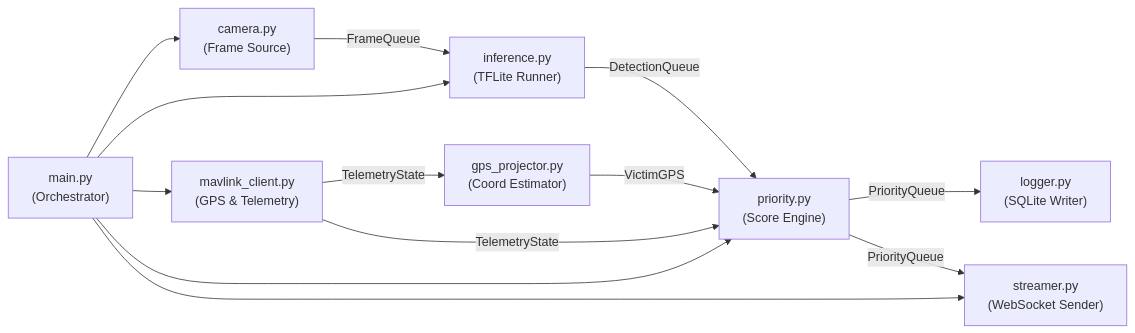
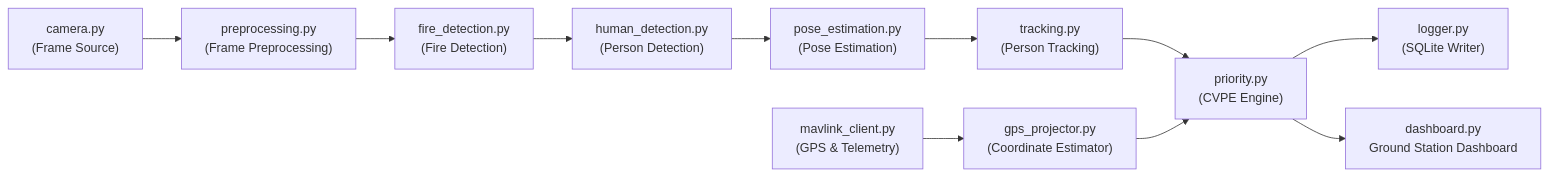
One commit to basiljosephdev/Edge-AI-Based-UAV-for-Intelligent-Fire-Detection-Victim-Prioritization changed the third of 7 diagrams in Architecture.md. Above: the diagram before and after it, drawn with Mermaid. The commit also changed other lines of this file, not shown here.

````diff
--- a/Architecture.md
+++ b/Architecture.md
@@ -168,25 +205,45 @@
 ```mermaid
 graph LR
-    main["main.py\n(Orchestrator)"]
+
     cam["camera.py\n(Frame Source)"]
-    infer["inference.py\n(TFLite Runner)"]
+
+    preprocess["preprocessing.py\n(Frame Preprocessing)"]
+
+    fire["fire_detection.py\n(Fire Detection)"]
+
+    human["human_detection.py\n(Person Detection)"]
+
+    pose["pose_estimation.py\n(Pose Estimation)"]
+
+    track["tracking.py\n(Person Tracking)"]
+
     mav["mavlink_client.py\n(GPS & Telemetry)"]
-    gps_proj["gps_projector.py\n(Coord Estimator)"]
-    prio["priority.py\n(Score Engine)"]
+
+    gps_proj["gps_projector.py\n(Coordinate Estimator)"]
+
+    cvpe["priority.py\n(CVPE Engine)"]
+
     log["logger.py\n(SQLite Writer)"]
-    stream["streamer.py\n(WebSocket Sender)"]
 
-    main --> cam
-    main --> infer
-    main --> mav
-    main --> prio
-    main --> stream
+    dashboard["dashboard.py\nGround Station Dashboard"]
 
-    cam -->|"FrameQueue"| infer
-    infer -->|"DetectionQueue"| prio
-    mav -->|"TelemetryState"| gps_proj
-    mav -->|"TelemetryState"| prio
-    gps_proj -->|"VictimGPS"| prio
-    prio -->|"PriorityQueue"| log
-    prio -->|"PriorityQueue"| stream
+    cam --> preprocess
+
+    preprocess --> fire
+
+    fire --> human
+
+    human --> pose
+
+    pose --> track
+
+    track --> cvpe
+
+    mav --> gps_proj
+
+    gps_proj --> cvpe
+
+    cvpe --> log
+
+    cvpe --> dashboard
 ```
````
